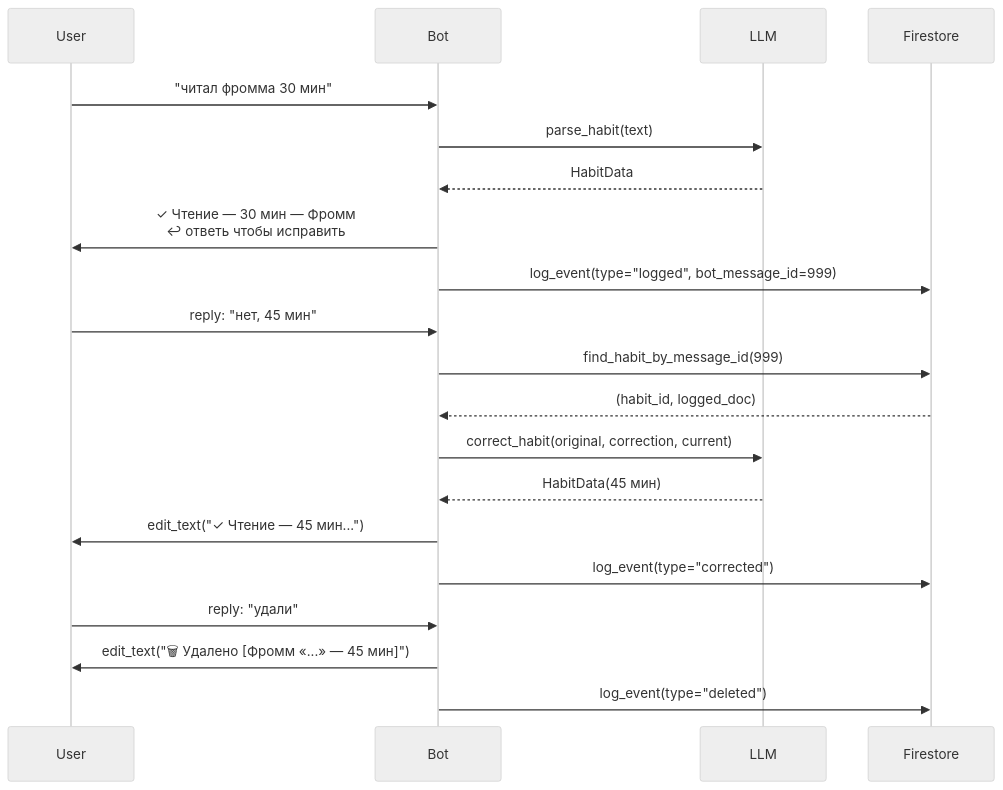
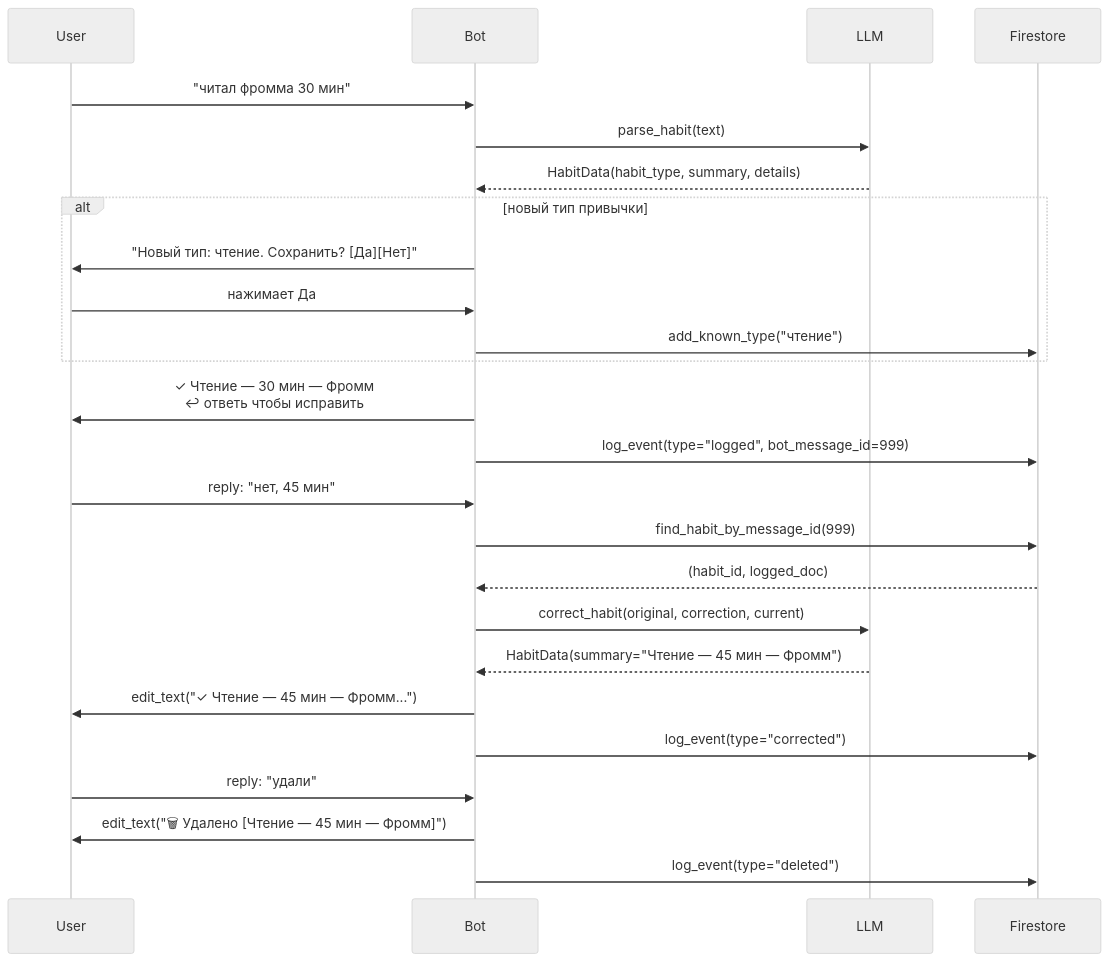
Before and after one commit to lusm554/kaizendo_bot: the first of 2 diagrams in README.md, drawn with Mermaid (neutral theme). The commit also changed other lines of this file, not shown here.

Commit message:
docs: update README for universal habit tracker
- sequence diagram: reflect new HabitData(habit_type, summary, details) model,
  add inline confirmation flow for new types, fix deletion format
- lifecycle flowchart: add LLM parse node and new-type confirmation branch
- fix habits.py filename in file tree

````diff
--- a/README.md
+++ b/README.md
@@ -9,25 +9,30 @@
 ```mermaid
 sequenceDiagram
     participant U as User
     participant B as Bot
     participant L as LLM
     participant F as Firestore
 
     U->>B: "читал фромма 30 мин"
     B->>L: parse_habit(text)
-    L-->>B: HabitData
+    L-->>B: HabitData(habit_type, summary, details)
+    alt новый тип привычки
+        B->>U: "Новый тип: чтение. Сохранить? [Да][Нет]"
+        U->>B: нажимает Да
+        B->>F: add_known_type("чтение")
+    end
     B->>U: ✓ Чтение — 30 мин — Фромм<br/>↩ ответь чтобы исправить
     B->>F: log_event(type="logged", bot_message_id=999)
 
     U->>B: reply: "нет, 45 мин"
     B->>F: find_habit_by_message_id(999)
     F-->>B: (habit_id, logged_doc)
     B->>L: correct_habit(original, correction, current)
-    L-->>B: HabitData(45 мин)
-    B->>U: edit_text("✓ Чтение — 45 мин...")
+    L-->>B: HabitData(summary="Чтение — 45 мин — Фромм")
+    B->>U: edit_text("✓ Чтение — 45 мин — Фромм...")
     B->>F: log_event(type="corrected")
 
     U->>B: reply: "удали"
-    B->>U: edit_text("🗑 Удалено [Фромм «...» — 45 мин]")
+    B->>U: edit_text("🗑 Удалено [Чтение — 45 мин — Фромм]")
     B->>F: log_event(type="deleted")
 ```
````
